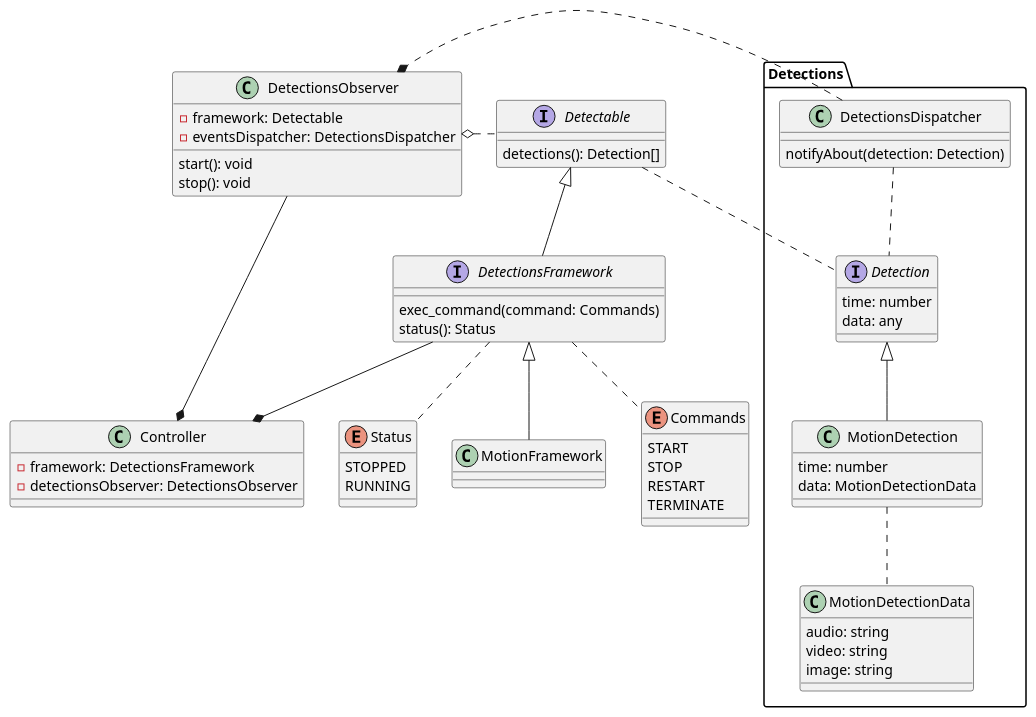
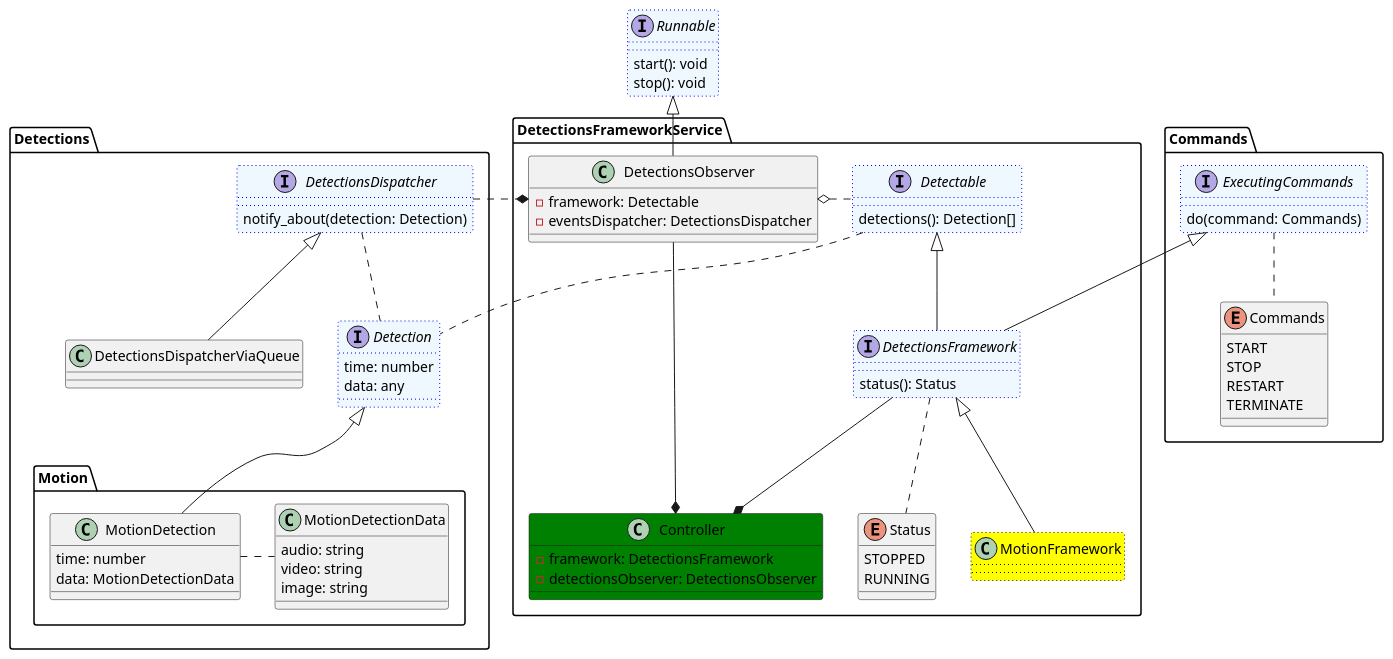
Before and after one commit to saratoga8/motion_notifier: the diagram in docs/classes/dfs.puml, drawn with PlantUML. The commit also changed 3 other files, not shown here.

```diff
--- a/docs/classes/dfs.puml
+++ b/docs/classes/dfs.puml
@@ -1,79 +1,99 @@
 @startuml
 'https://plantuml.com/class-diagram
 
 
+package DetectionsFrameworkService {
+    interface DetectionsFramework #aliceblue ##[dotted]blue {
+      status(): Status
+    }
 
-interface DetectionsFramework {
-  exec_command(command: Commands)
-  status(): Status
+    interface Detectable #aliceblue ##[dotted]blue {
+        detections(): Detection[]
+    }
+
+    class MotionFramework #yellow ##[dotted]
+
+    class DetectionsObserver {
+      - framework: Detectable
+      - eventsDispatcher: DetectionsDispatcher
+    }
+
+
+    class Controller #green {
+       - framework: DetectionsFramework
+       - detectionsObserver: DetectionsObserver
+    }
+
+    enum Status {
+      STOPPED
+      RUNNING
+    }
 }
 
-interface Detectable {
-    detections(): Detection[]
-}
-
-class MotionFramework
-
-
 package Detections {
-    Interface Detection {
+    interface Detection #aliceblue ##[dotted]blue {
       time: number
       data: any
     }
 
-    class MotionDetectionData {
-       audio: string
-       video: string
-       image: string
+    package Motion {
+        class MotionDetectionData {
+           audio: string
+           video: string
+           image: string
+        }
+
+        class MotionDetection {
+           time: number
+           data: MotionDetectionData
+        }
     }
 
-    class MotionDetection {
-       time: number
-       data: MotionDetectionData
+    interface DetectionsDispatcher #aliceblue ##[dotted]blue {
+       notify_about(detection: Detection)
     }
 
-    class DetectionsDispatcher {
-       notifyAbout(detection: Detection)
+    class DetectionsDispatcherViaQueue
+
+    Detection <|-down- MotionDetection
+}
+
+package Commands {
+    enum Commands {
+      START
+      STOP
+      RESTART
+      TERMINATE
     }
+
+    interface ExecutingCommands #aliceblue ##[dotted]blue {
+      do(command: Commands)
+    }
+
+    ExecutingCommands .. Commands
 }
 
 
-enum Commands {
-  START
-  STOP
-  RESTART
-  TERMINATE
-}
 
-enum Status {
-  STOPPED
-  RUNNING
-}
-
-class DetectionsObserver {
-   - framework: Detectable
-   - eventsDispatcher: DetectionsDispatcher
+interface Runnable #aliceblue ##[dotted]blue {
    start(): void
    stop(): void
 }
 
 
-class Controller {
-   - framework: DetectionsFramework
-   - detectionsObserver: DetectionsObserver
-}
-
-DetectionsObserver o. Detectable
+DetectionsObserver -up-|> Runnable
+DetectionsObserver o-right-. Detectable
 DetectionsDispatcher .* DetectionsObserver
 DetectionsFramework <|-- MotionFramework
-Detection <|-- MotionDetection
+DetectionsFramework -up-|> ExecutingCommands
+
 DetectionsFramework .. Status
 Detectable .. Detection
 DetectionsDispatcher .. Detection
-DetectionsFramework .. Commands
-MotionDetection .. MotionDetectionData
-DetectionsObserver -down-* Controller
+MotionDetection .right. MotionDetectionData
+DetectionsObserver -* Controller
 DetectionsFramework -down-* Controller
 DetectionsFramework -up-|> Detectable
+DetectionsDispatcher <|-down- DetectionsDispatcherViaQueue
 
 @enduml
```
